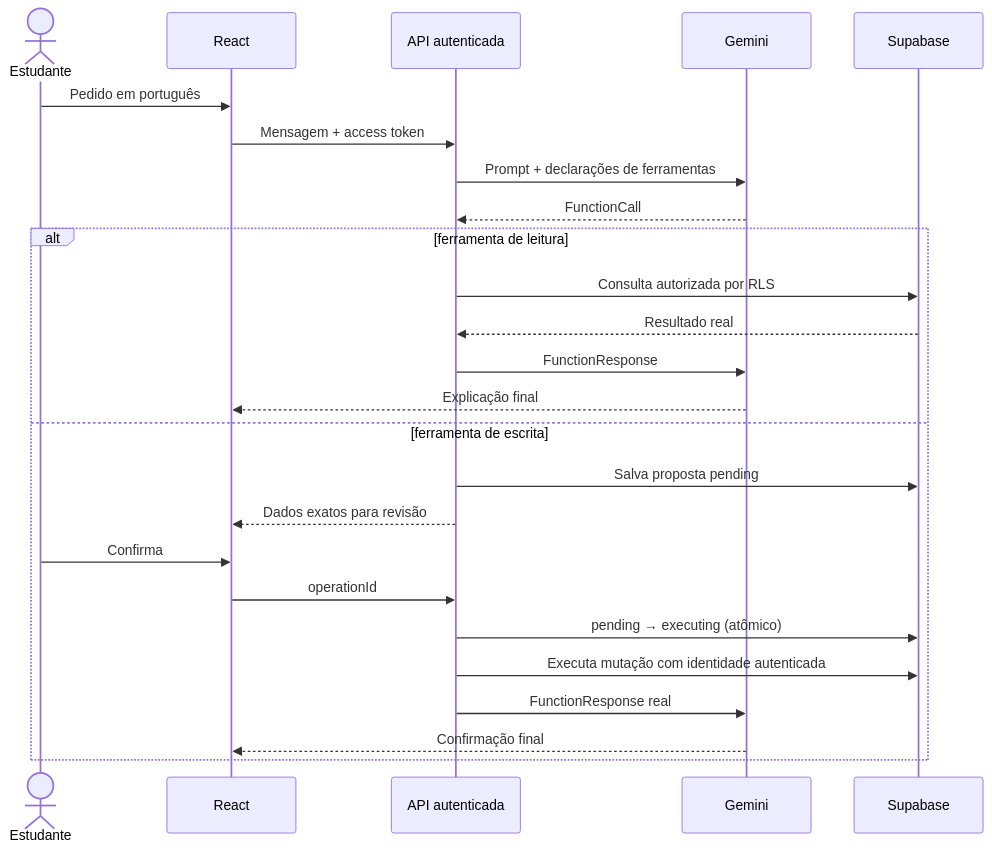
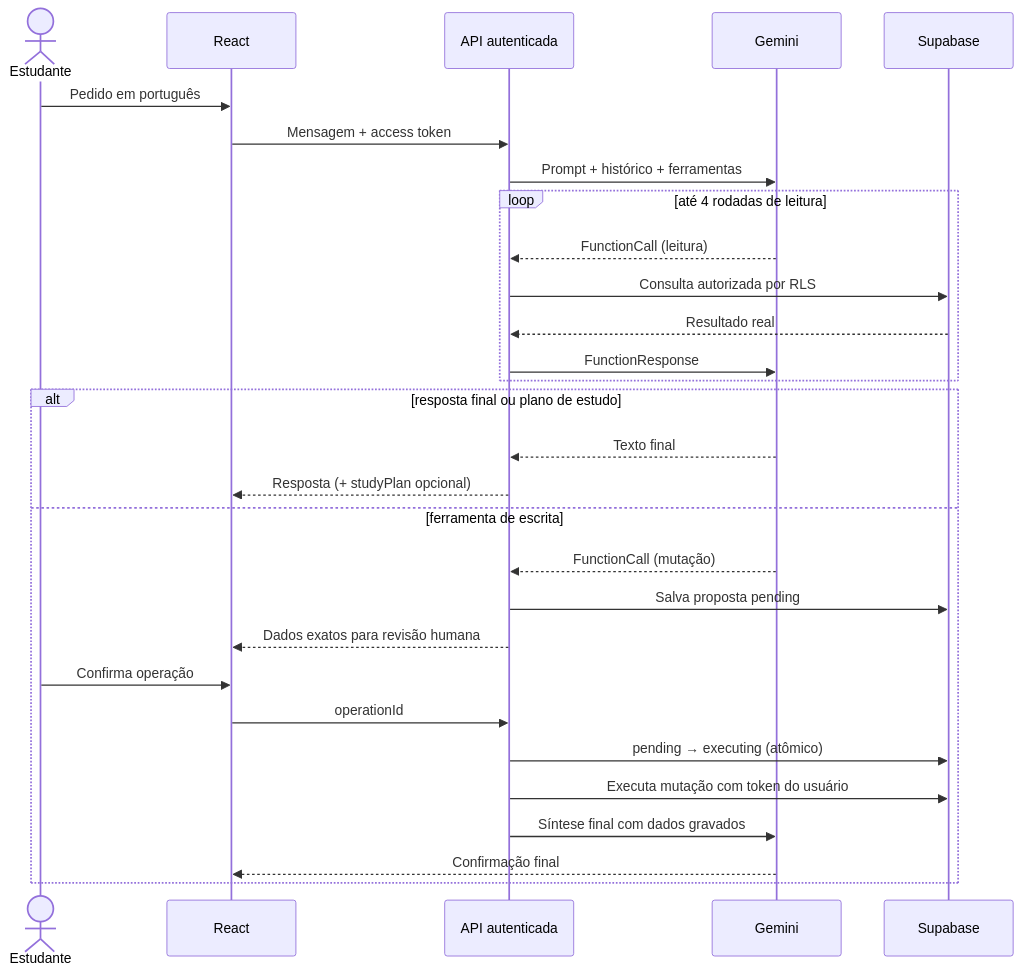
Before and after one commit to RHU4N/TaskMind: the second of 3 diagrams in README.md, drawn with Mermaid. The commit also changed other lines of this file, not shown here.

Commit message:
docs(readme): update architecture, auth flows, tests, and Vercel guide

````diff
--- a/README.md
+++ b/README.md
@@ -79,27 +85,31 @@
 ```mermaid
 sequenceDiagram
   actor U as Estudante
   participant UI as React
   participant API as API autenticada
   participant G as Gemini
   participant DB as Supabase
   U->>UI: Pedido em português
   UI->>API: Mensagem + access token
-  API->>G: Prompt + declarações de ferramentas
-  G-->>API: FunctionCall
-  alt ferramenta de leitura
+  API->>G: Prompt + histórico + ferramentas
+  loop até 4 rodadas de leitura
+    G-->>API: FunctionCall (leitura)
     API->>DB: Consulta autorizada por RLS
     DB-->>API: Resultado real
     API->>G: FunctionResponse
-    G-->>UI: Explicação final
+  end
+  alt resposta final ou plano de estudo
+    G-->>API: Texto final
+    API-->>UI: Resposta (+ studyPlan opcional)
   else ferramenta de escrita
+    G-->>API: FunctionCall (mutação)
     API->>DB: Salva proposta pending
-    API-->>UI: Dados exatos para revisão
-    U->>UI: Confirma
+    API-->>UI: Dados exatos para revisão humana
+    U->>UI: Confirma operação
     UI->>API: operationId
     API->>DB: pending → executing (atômico)
-    API->>DB: Executa mutação com identidade autenticada
-    API->>G: FunctionResponse real
+    API->>DB: Executa mutação com token do usuário
+    API->>G: Síntese final com dados gravados
     G-->>UI: Confirmação final
   end
 ```
````
